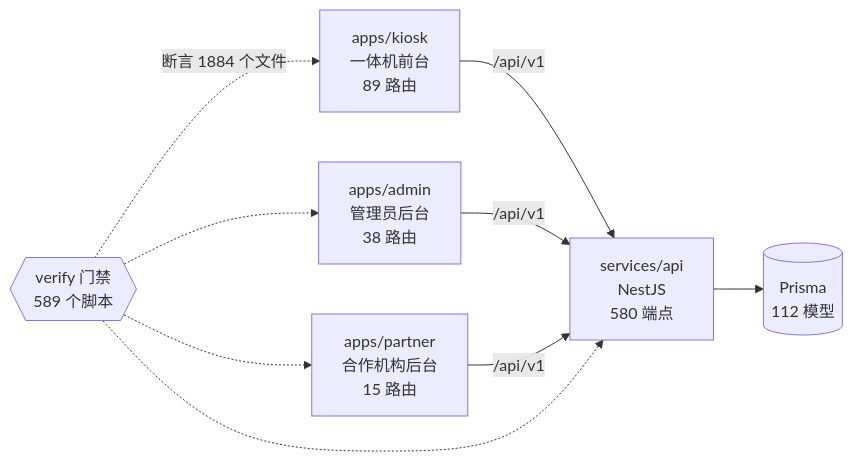
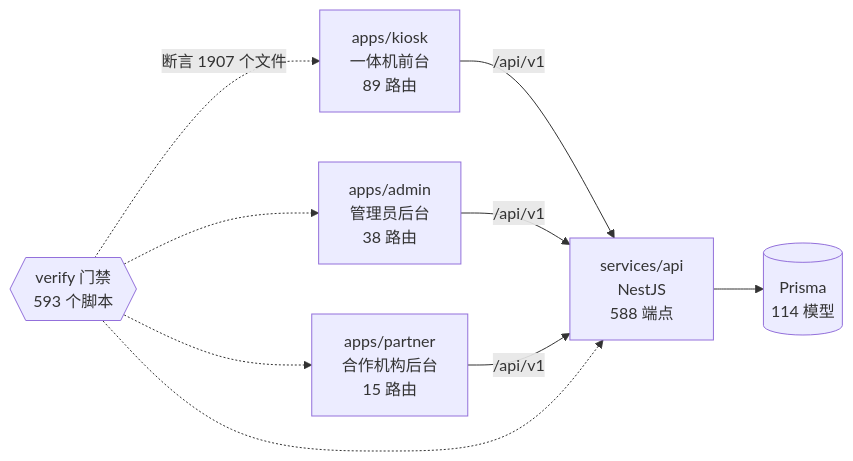
Before and after one commit to wanglei581/YITIJI: the diagram in docs/graph/README.md, drawn with Mermaid. The commit also changed other lines of this file and 4 other files, not shown here.

Commit message:
chore(graph): 第七次第二批叠完后重生图谱

````diff
--- a/docs/graph/README.md
+++ b/docs/graph/README.md
@@ -68,18 +68,18 @@
 ```mermaid
 flowchart LR
   kiosk["apps/kiosk<br/>一体机前台<br/>89 路由"]
   admin["apps/admin<br/>管理员后台<br/>38 路由"]
   partner["apps/partner<br/>合作机构后台<br/>15 路由"]
-  api["services/api<br/>NestJS<br/>580 端点"]
-  db[("Prisma<br/>112 模型")]
-  gates{{"verify 门禁<br/>589 个脚本"}}
+  api["services/api<br/>NestJS<br/>588 端点"]
+  db[("Prisma<br/>114 模型")]
+  gates{{"verify 门禁<br/>593 个脚本"}}
 
   kiosk -->|"/api/v1"| api
   admin -->|"/api/v1"| api
   partner -->|"/api/v1"| api
   api --> db
-  gates -.->|"断言 1884 个文件"| kiosk
+  gates -.->|"断言 1907 个文件"| kiosk
   gates -.-> admin
   gates -.-> partner
   gates -.-> api
 ```
````
